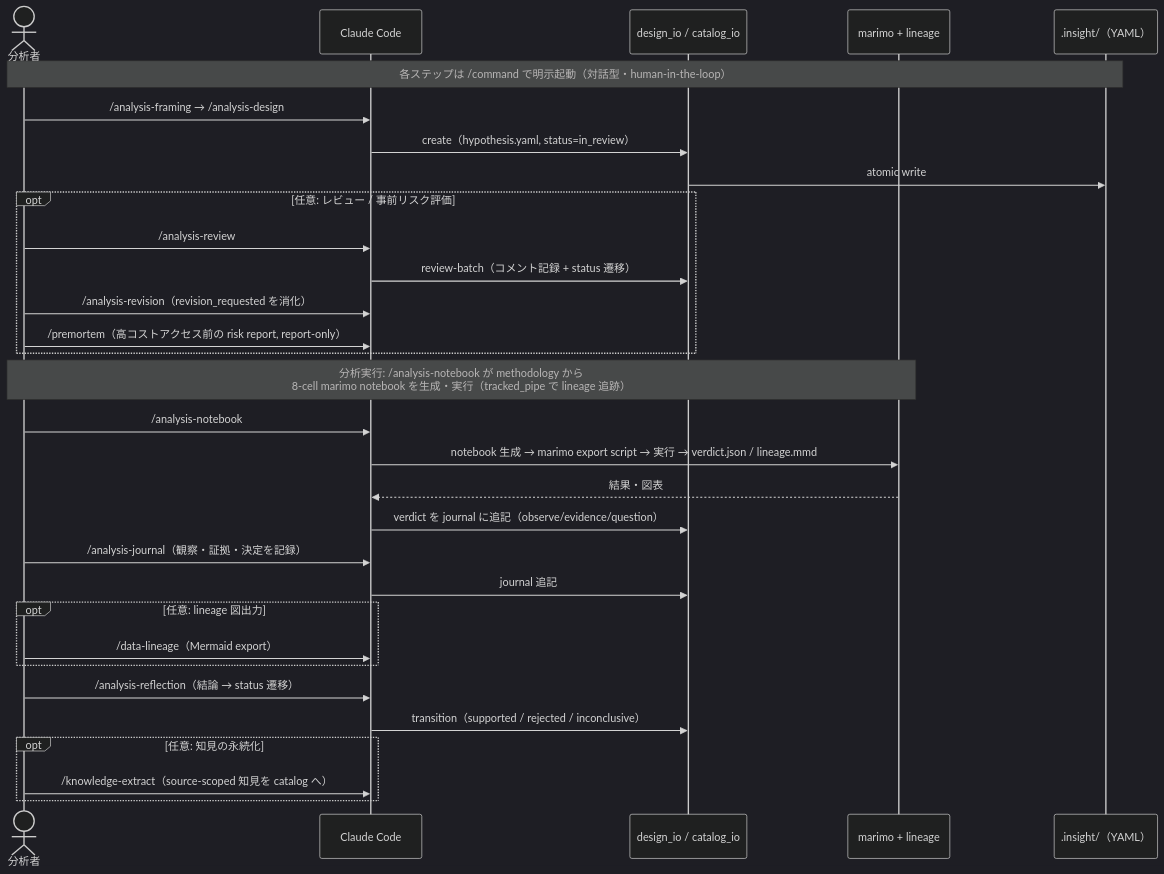
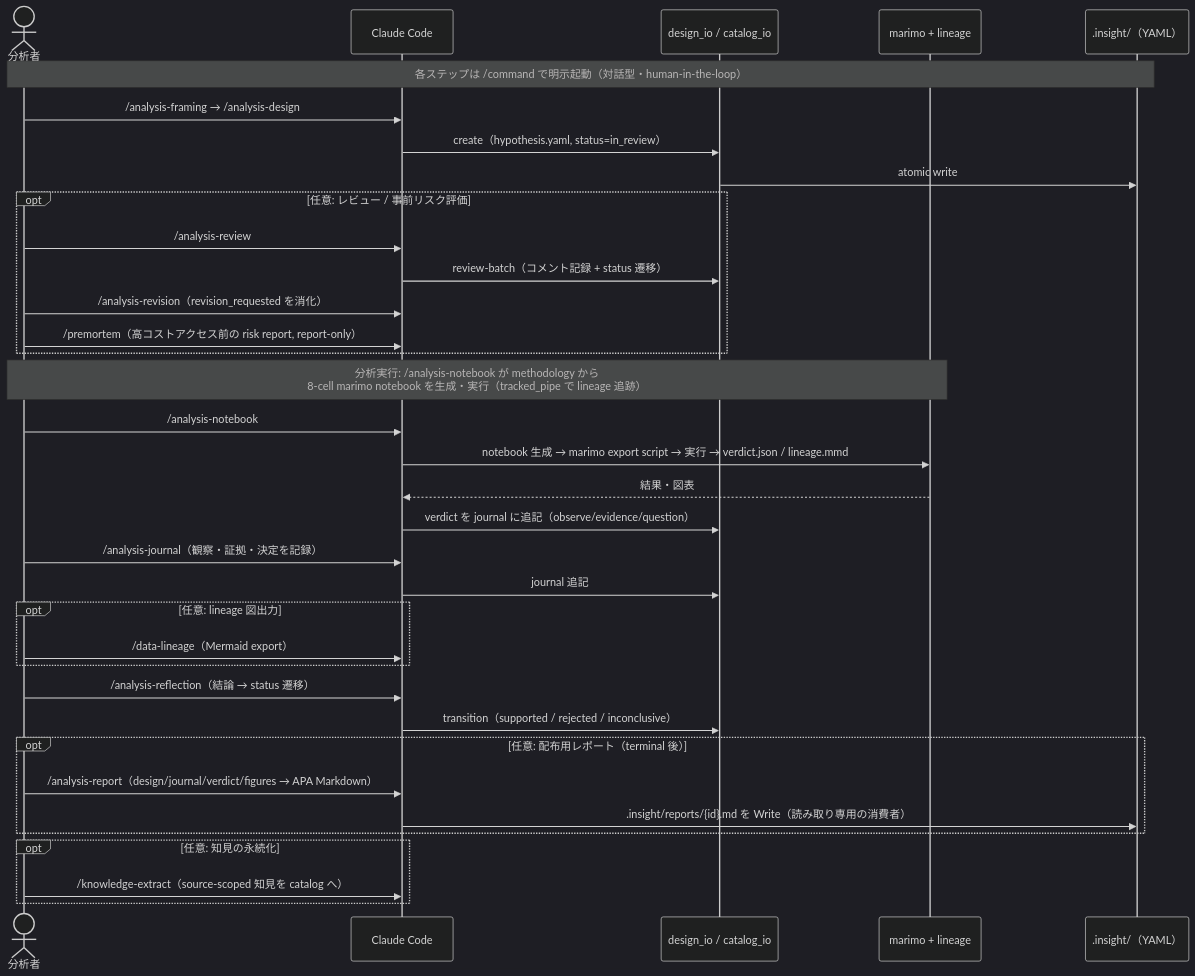
One commit to etoyama/insight-blueprint-skills changed the fourth of 5 diagrams in docs/ARCHITECTURE.md. Above: the diagram before and after it, drawn with Mermaid (dark theme). The commit also changed 10 other files, not shown here.

````diff
--- a/docs/ARCHITECTURE.md
+++ b/docs/ARCHITECTURE.md
@@ -222,37 +222,41 @@
 ```mermaid
 sequenceDiagram
     actor U as 分析者
     participant CC as Claude Code
     participant IO as design_io / catalog_io
     participant MO as marimo + lineage
     participant FS as .insight/（YAML）
 
     Note over U,FS: 各ステップは /command で明示起動（対話型・human-in-the-loop）
     U->>CC: /analysis-framing → /analysis-design
     CC->>IO: create（hypothesis.yaml, status=in_review）
     IO->>FS: atomic write
 
     opt 任意: レビュー / 事前リスク評価
         U->>CC: /analysis-review
         CC->>IO: review-batch（コメント記録 + status 遷移）
         U->>CC: /analysis-revision（revision_requested を消化）
         U->>CC: /premortem（高コストアクセス前の risk report, report-only）
     end
 
     Note over U,MO: 分析実行: /analysis-notebook が methodology から<br/>8-cell marimo notebook を生成・実行（tracked_pipe で lineage 追跡）
     U->>CC: /analysis-notebook
     CC->>MO: notebook 生成 → marimo export script → 実行 → verdict.json / lineage.mmd
     MO-->>CC: 結果・図表
     CC->>IO: verdict を journal に追記（observe/evidence/question）
 
     U->>CC: /analysis-journal（観察・証拠・決定を記録）
     CC->>IO: journal 追記
     opt 任意: lineage 図出力
         U->>CC: /data-lineage（Mermaid export）
     end
     U->>CC: /analysis-reflection（結論 → status 遷移）
     CC->>IO: transition（supported / rejected / inconclusive）
+    opt 任意: 配布用レポート（terminal 後）
+        U->>CC: /analysis-report（design/journal/verdict/figures → APA Markdown）
+        CC->>FS: .insight/reports/{id}.md を Write（読み取り専用の消費者）
+    end
     opt 任意: 知見の永続化
         U->>CC: /knowledge-extract（source-scoped 知見を catalog へ）
     end
 ```
````
